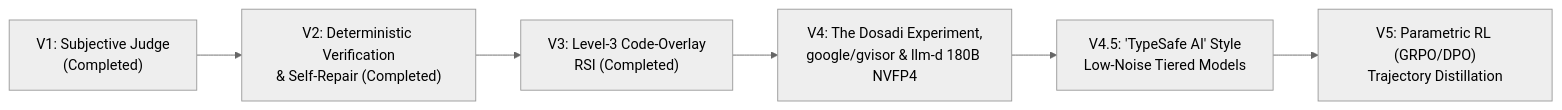
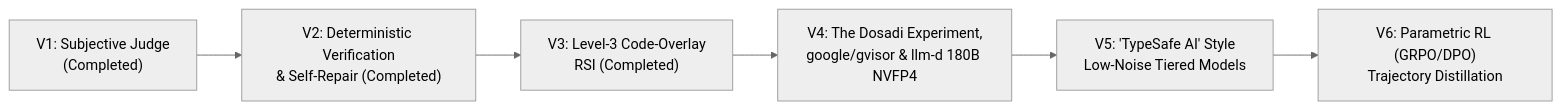
The diagram in README.md (SinaChavoshi/hierarchical-agent-evolution), drawn with Mermaid (neutral theme) before and after one commit. The commit also changed other lines of this file and 1 other file, not shown here.

Commit message:
docs(roadmap): renumber TypeSafe AI low-noise models to V5 and Parametric RL to V6

````diff
--- a/README.md
+++ b/README.md
@@ -44,8 +44,8 @@
 ```mermaid
 flowchart LR
     V1["V1: Subjective Judge<br/>(Completed)"] --> V2["V2: Deterministic Verification<br/>& Self-Repair (Completed)"]
     V2 --> V3["V3: Level-3 Code-Overlay<br/>RSI (Completed)"]
     V3 --> V4["V4: The Dosadi Experiment,<br/>google/gvisor & llm-d 180B NVFP4"]
-    V4 --> V45["V4.5: 'TypeSafe AI' Style<br/>Low-Noise Tiered Models"]
-    V45 --> V5["V5: Parametric RL (GRPO/DPO)<br/>Trajectory Distillation"]
+    V4 --> V5["V5: 'TypeSafe AI' Style<br/>Low-Noise Tiered Models"]
+    V5 --> V6["V6: Parametric RL (GRPO/DPO)<br/>Trajectory Distillation"]
 ```
````
